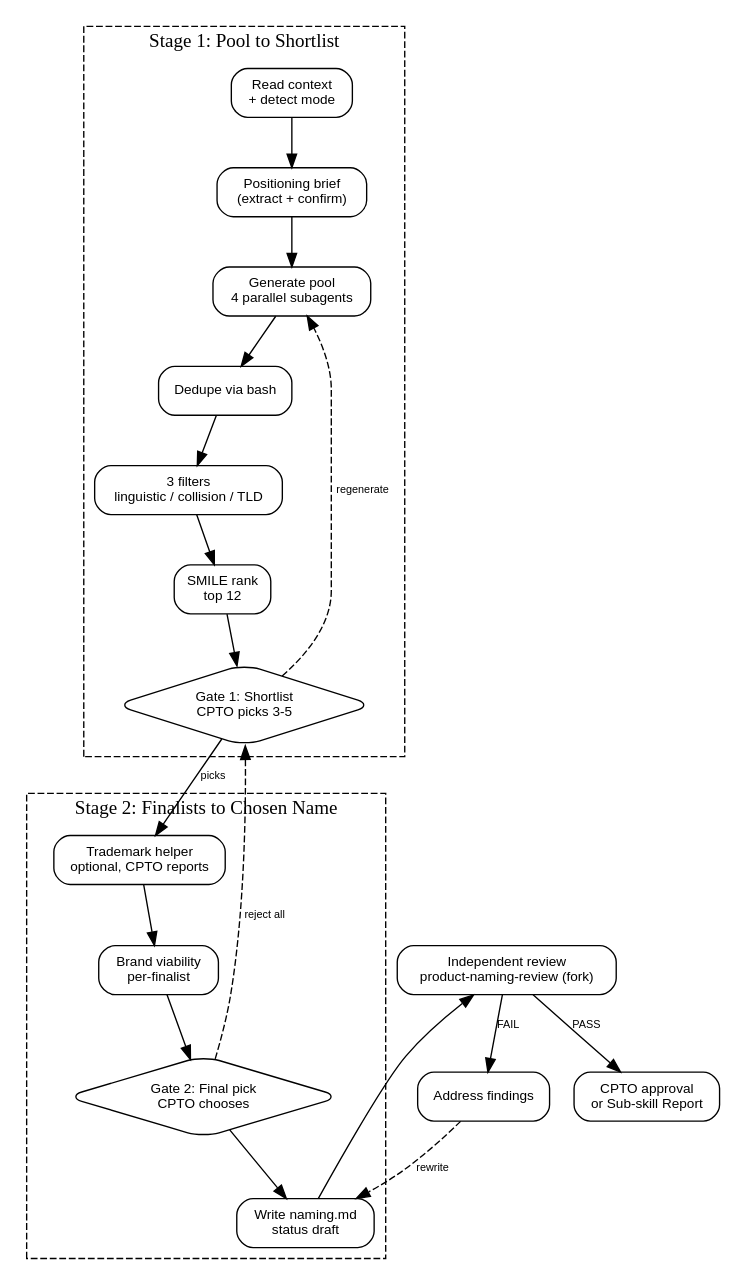
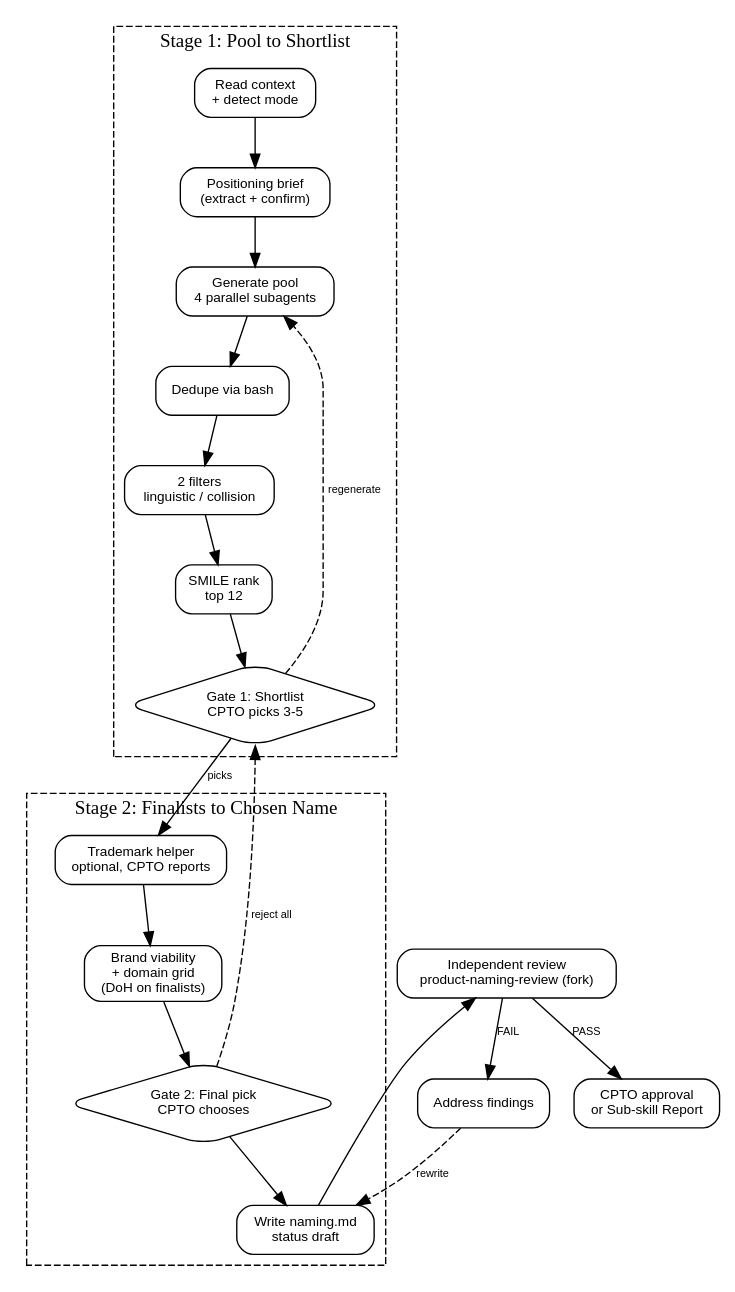
One commit to dimdasci/squad changed the diagram in squad/skills/product-naming/SKILL.md. Above: the diagram before and after it, drawn with Graphviz.

Commit message:
docs(squad): update product-naming flow diagram

````diff
--- a/squad/skills/product-naming/SKILL.md
+++ b/squad/skills/product-naming/SKILL.md
@@ -51,41 +51,41 @@
 ```dot
 digraph product_naming {
   rankdir=TB
   node [fontname="Helvetica" fontsize=10 shape=box style="rounded"]
   edge [fontname="Helvetica" fontsize=8]
 
   subgraph cluster_stage1 {
     label="Stage 1: Pool to Shortlist"
     style=dashed
     read [label="Read context\n+ detect mode"]
     positioning [label="Positioning brief\n(extract + confirm)"]
     generate [label="Generate pool\n4 parallel subagents"]
     dedupe [label="Dedupe via bash"]
-    filters [label="3 filters\nlinguistic / collision / TLD"]
+    filters [label="2 filters\nlinguistic / collision"]
     rank [label="SMILE rank\ntop 12"]
     gate1 [label="Gate 1: Shortlist\nCPTO picks 3-5", shape=diamond]
   }
 
   subgraph cluster_stage2 {
     label="Stage 2: Finalists to Chosen Name"
     style=dashed
     trademark [label="Trademark helper\noptional, CPTO reports"]
-    writeup [label="Brand viability\nper-finalist"]
+    writeup [label="Brand viability\n+ domain grid\n(DoH on finalists)"]
     gate2 [label="Gate 2: Final pick\nCPTO chooses", shape=diamond]
     write [label="Write naming.md\nstatus draft"]
   }
 
   review [label="Independent review\nproduct-naming-review (fork)"]
   fix [label="Address findings"]
   approve [label="CPTO approval\nor Sub-skill Report"]
 
   read -> positioning -> generate -> dedupe -> filters -> rank -> gate1
   gate1 -> trademark [label="picks"]
   gate1 -> generate [style=dashed label="regenerate"]
   trademark -> writeup -> gate2 -> write -> review
   gate2 -> gate1 [style=dashed label="reject all"]
   review -> fix [label="FAIL"]
   fix -> write [style=dashed label="rewrite"]
   review -> approve [label="PASS"]
 }
 ```
````
